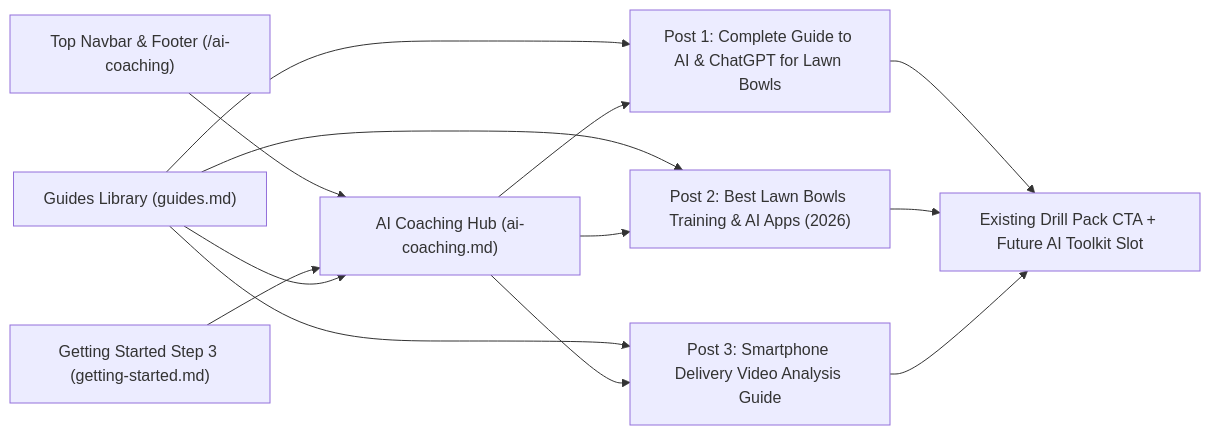
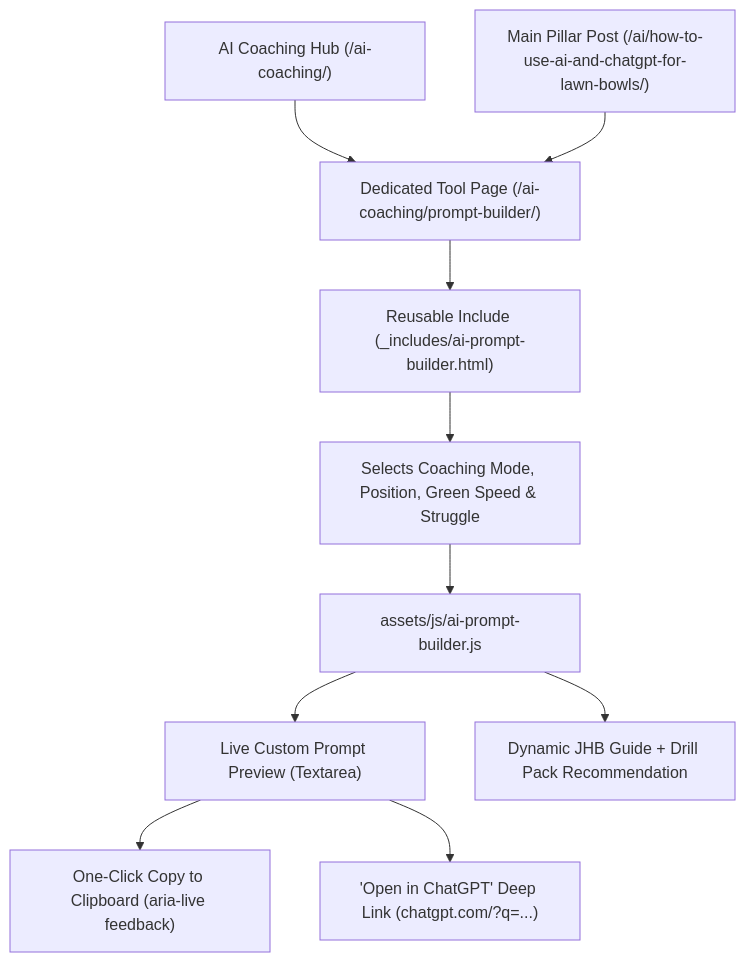
The diagram in .agents/ai-coaching-plan.md (krussll/jhb), drawn with Mermaid before and after one commit. The commit also changed other lines of this file and 10 other files, not shown here.

Commit message:
AI Prompt builder

````diff
--- a/.agents/ai-coaching-plan.md
+++ b/.agents/ai-coaching-plan.md
@@ -19,15 +14,12 @@
 ```mermaid
-flowchart LR
-    Nav["Top Navbar & Footer (/ai-coaching)"] --> Hub["AI Coaching Hub (ai-coaching.md)"]
-    GS["Getting Started Step 3 (getting-started.md)"] --> Hub
-    Guides["Guides Library (guides.md)"] --> Hub
-    Guides --> P1
-    Guides --> P2
-    Guides --> P3
-    Hub --> P1["Post 1: Complete Guide to AI & ChatGPT for Lawn Bowls"]
-    Hub --> P2["Post 2: Best Lawn Bowls Training & AI Apps (2026)"]
-    Hub --> P3["Post 3: Smartphone Delivery Video Analysis Guide"]
-    P1 --> DrillCTA["Existing Drill Pack CTA + Future AI Toolkit Slot"]
-    P2 --> DrillCTA
-    P3 --> DrillCTA
+flowchart TD
+    Hub["AI Coaching Hub (/ai-coaching/)"] --> ToolPage["Dedicated Tool Page (/ai-coaching/prompt-builder/)"]
+    Pillar["Main Pillar Post (/ai/how-to-use-ai-and-chatgpt-for-lawn-bowls/)"] --> ToolPage
+    ToolPage --> Include["Reusable Include (_includes/ai-prompt-builder.html)"]
+    Include --> Form["Selects Coaching Mode, Position, Green Speed & Struggle"]
+    Form --> JS["assets/js/ai-prompt-builder.js"]
+    JS --> Output["Live Custom Prompt Preview (Textarea)"]
+    JS --> Rec["Dynamic JHB Guide + Drill Pack Recommendation"]
+    Output --> Copy["One-Click Copy to Clipboard (aria-live feedback)"]
+    Output --> Launch["'Open in ChatGPT' Deep Link (chatgpt.com/?q=...)"]
 ```
````
